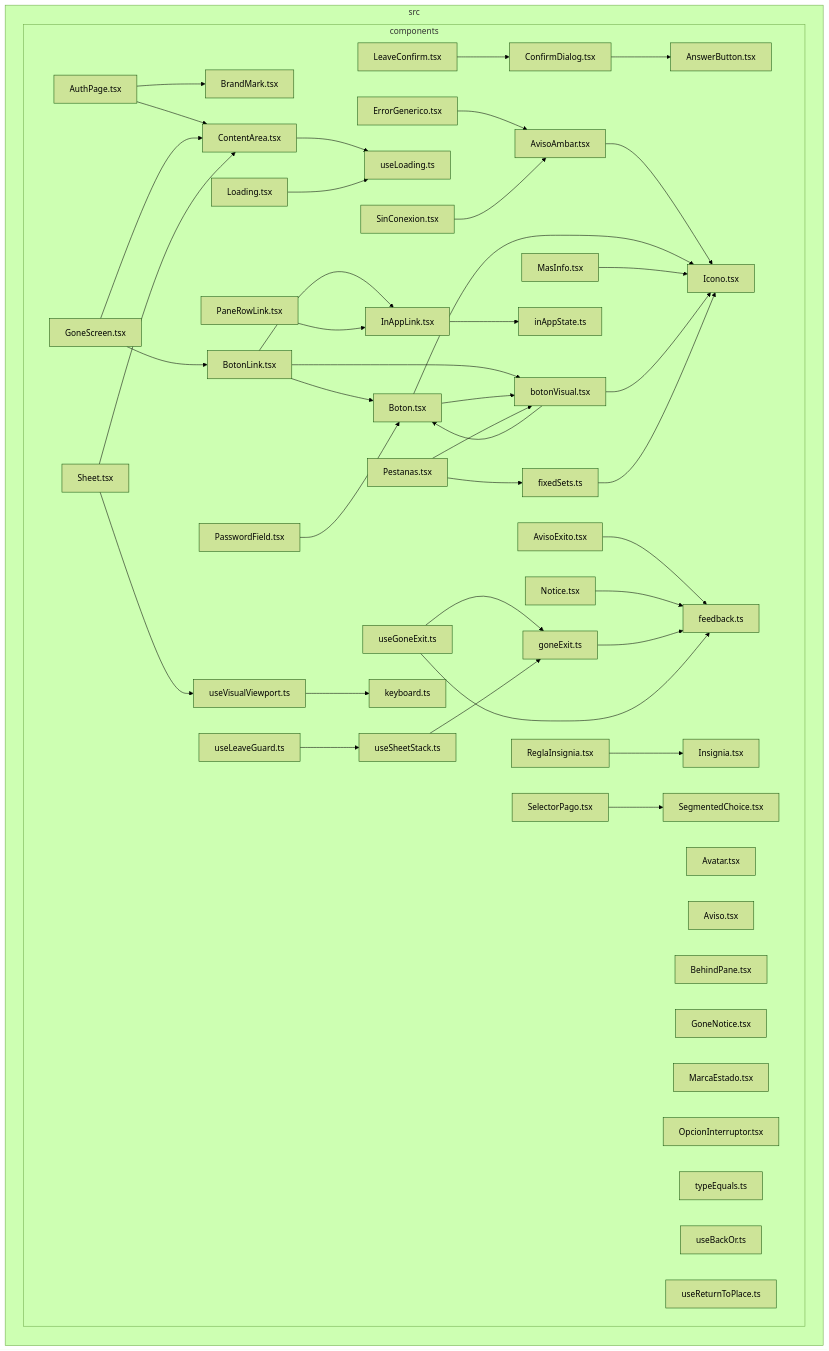
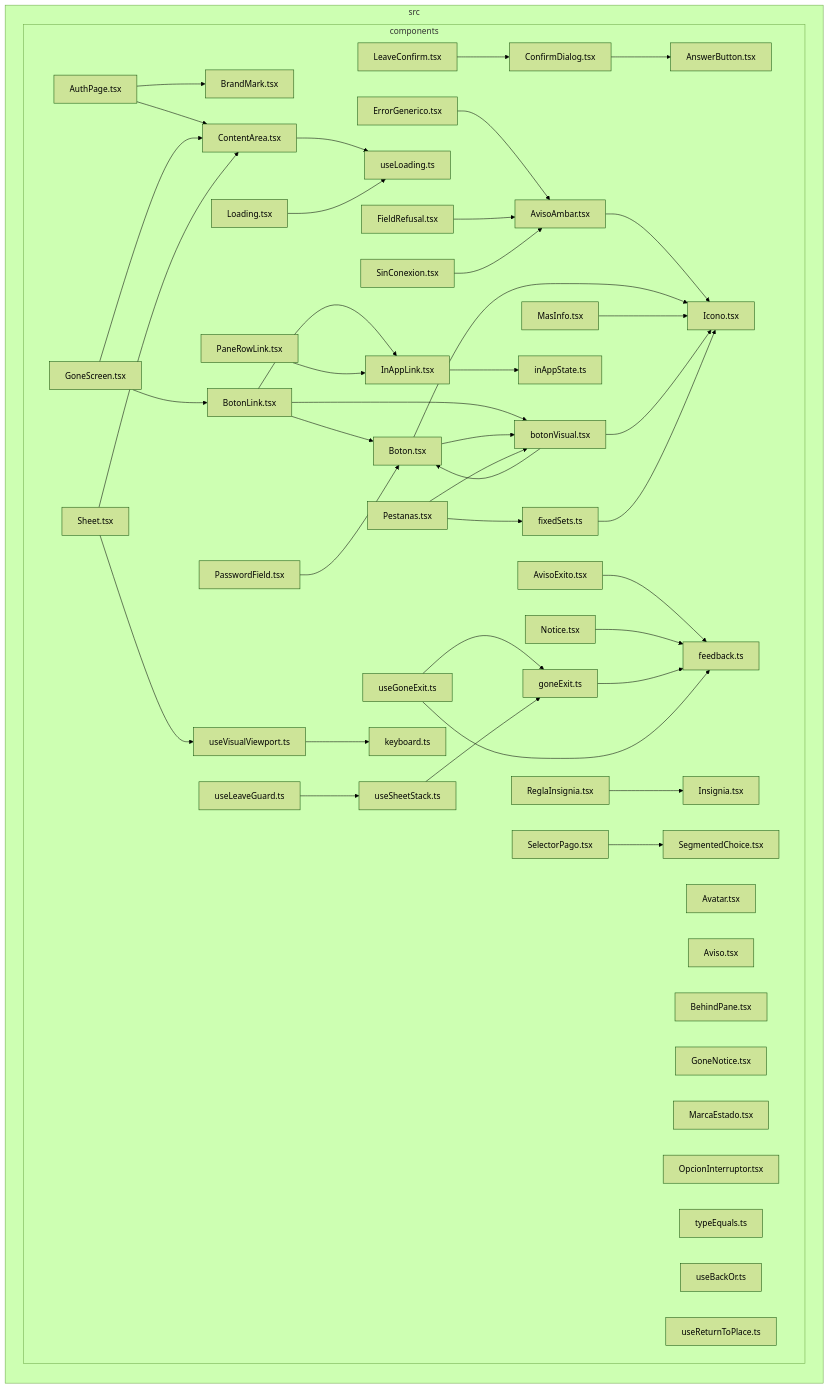
One commit to GonzaloZevallos/apostrophe changed the diagram in docs/architecture/generated/front-modules/components.md. Above: the diagram before and after it, drawn with Mermaid (forest theme). The commit also changed 1 other file, not shown here.

Commit message:
Regenerate front-module docs for FieldRefusal and paymentMethods

```diff
--- a/docs/architecture/generated/front-modules/components.md
+++ b/docs/architecture/generated/front-modules/components.md
@@ -21,6 +21,7 @@
     src_components_ConfirmDialog_tsx["ConfirmDialog.tsx"]
     src_components_ContentArea_tsx["ContentArea.tsx"]
     src_components_ErrorGenerico_tsx["ErrorGenerico.tsx"]
+    src_components_FieldRefusal_tsx["FieldRefusal.tsx"]
     src_components_GoneNotice_tsx["GoneNotice.tsx"]
     src_components_GoneScreen_tsx["GoneScreen.tsx"]
     src_components_Icono_tsx["Icono.tsx"]
@@ -68,6 +69,7 @@
 src_components_ConfirmDialog_tsx-->src_components_AnswerButton_tsx
 src_components_ContentArea_tsx-->src_components_useLoading_ts
 src_components_ErrorGenerico_tsx-->src_components_AvisoAmbar_tsx
+src_components_FieldRefusal_tsx-->src_components_AvisoAmbar_tsx
 src_components_GoneScreen_tsx-->src_components_BotonLink_tsx
 src_components_GoneScreen_tsx-->src_components_ContentArea_tsx
 src_components_InAppLink_tsx-->src_components_inAppState_ts
```
